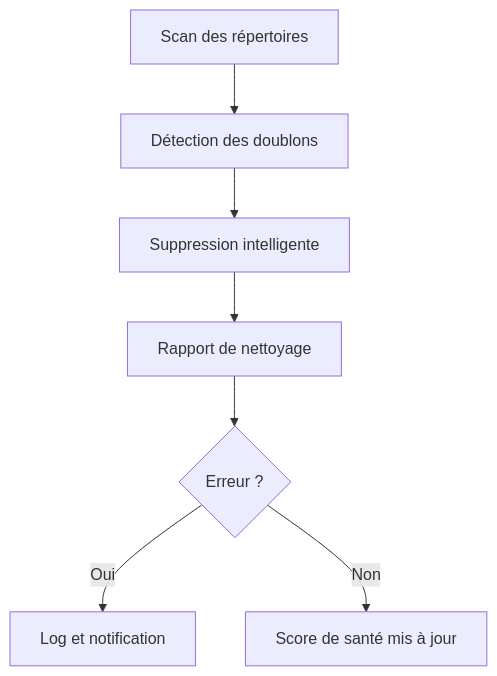
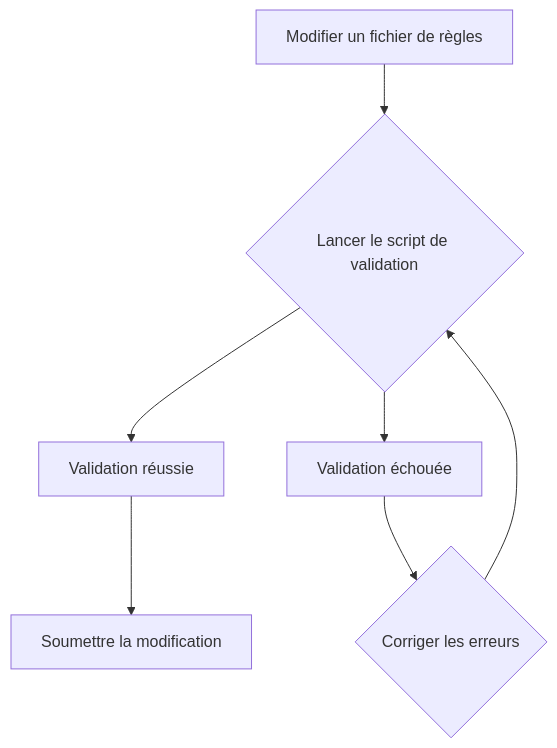
Before and after one commit to gerivdb/email-sender-1: the second of 3 diagrams in .roo/rules/workflows-matrix.md, drawn with Mermaid. The commit also changed other lines of this file and 20 other files, not shown here.

````diff
--- a/.roo/rules/workflows-matrix.md
+++ b/.roo/rules/workflows-matrix.md
@@ -64,9 +32,9 @@
 ```mermaid
-flowchart TD
-    A[Scan des répertoires] --> B[Détection des doublons]
-    B --> C[Suppression intelligente]
-    C --> D[Rapport de nettoyage]
-    D --> E{Erreur ?}
-    E -->|Oui| F[Log et notification]
-    E -->|Non| G[Score de santé mis à jour]
+graph TD
+    A[Modifier un fichier de règles] --> B{Lancer le script de validation};
+    B --> C[Validation réussie];
+    B --> D[Validation échouée];
+    D --> E{Corriger les erreurs};
+    E --> B;
+    C --> F[Soumettre la modification];
 ```
````
